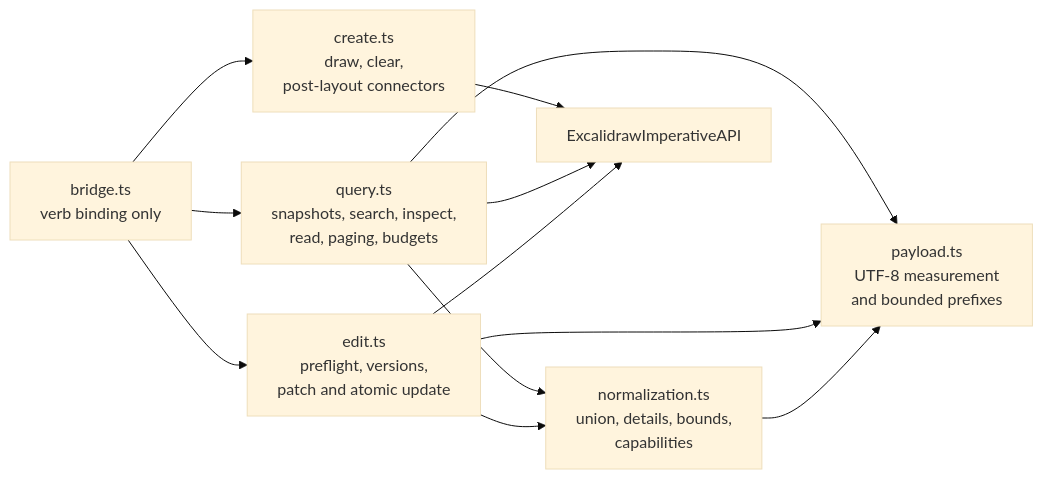
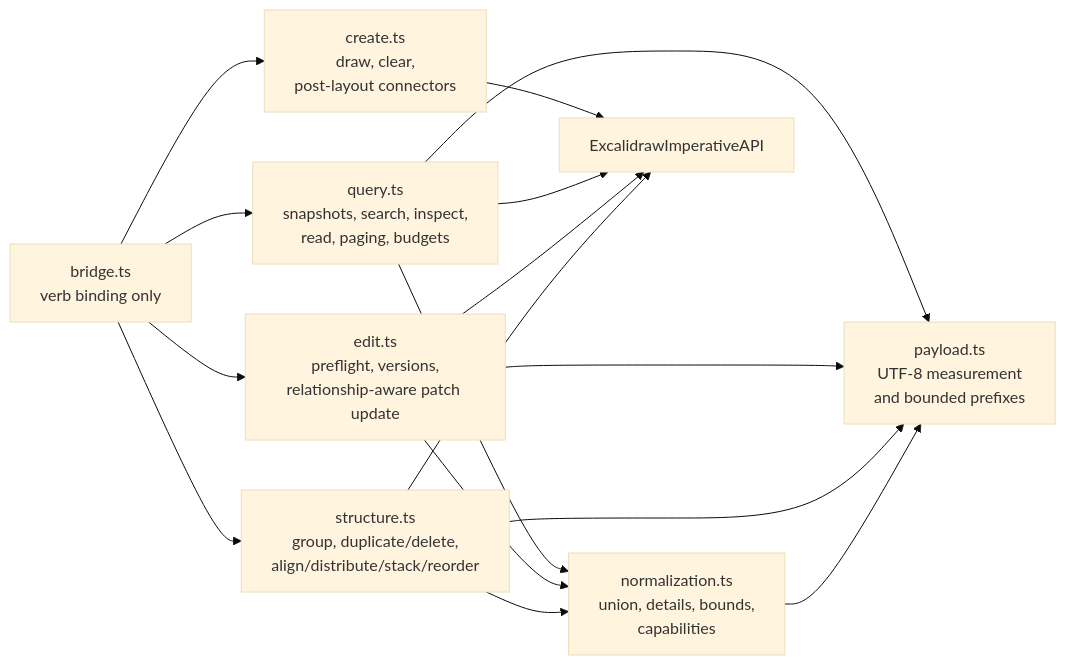
Before and after one commit to NNTin/tinytinkerer: the sixth of 10 diagrams in docs/app-harness.md, drawn with Mermaid (base theme). The commit also changed other lines of this file and 14 other files, not shown here.

````diff
--- a/docs/app-harness.md
+++ b/docs/app-harness.md
@@ -354,19 +370,23 @@
 ```mermaid
 flowchart LR
   bridge["bridge.ts<br/>verb binding only"]
   create["create.ts<br/>draw, clear,<br/>post-layout connectors"]
   query["query.ts<br/>snapshots, search, inspect,<br/>read, paging, budgets"]
   normalization["normalization.ts<br/>union, details, bounds,<br/>capabilities"]
-  edit["edit.ts<br/>preflight, versions,<br/>patch and atomic update"]
+  edit["edit.ts<br/>preflight, versions,<br/>relationship-aware patch update"]
+  structure["structure.ts<br/>group, duplicate/delete,<br/>align/distribute/stack/reorder"]
   payload["payload.ts<br/>UTF-8 measurement<br/>and bounded prefixes"]
   api["ExcalidrawImperativeAPI"]
 
   bridge --> create --> api
   bridge --> query --> api
   query --> normalization
   query --> payload
   bridge --> edit --> api
   edit --> normalization
   edit --> payload
+  bridge --> structure --> api
+  structure --> normalization
+  structure --> payload
   normalization --> payload
 ```
````
